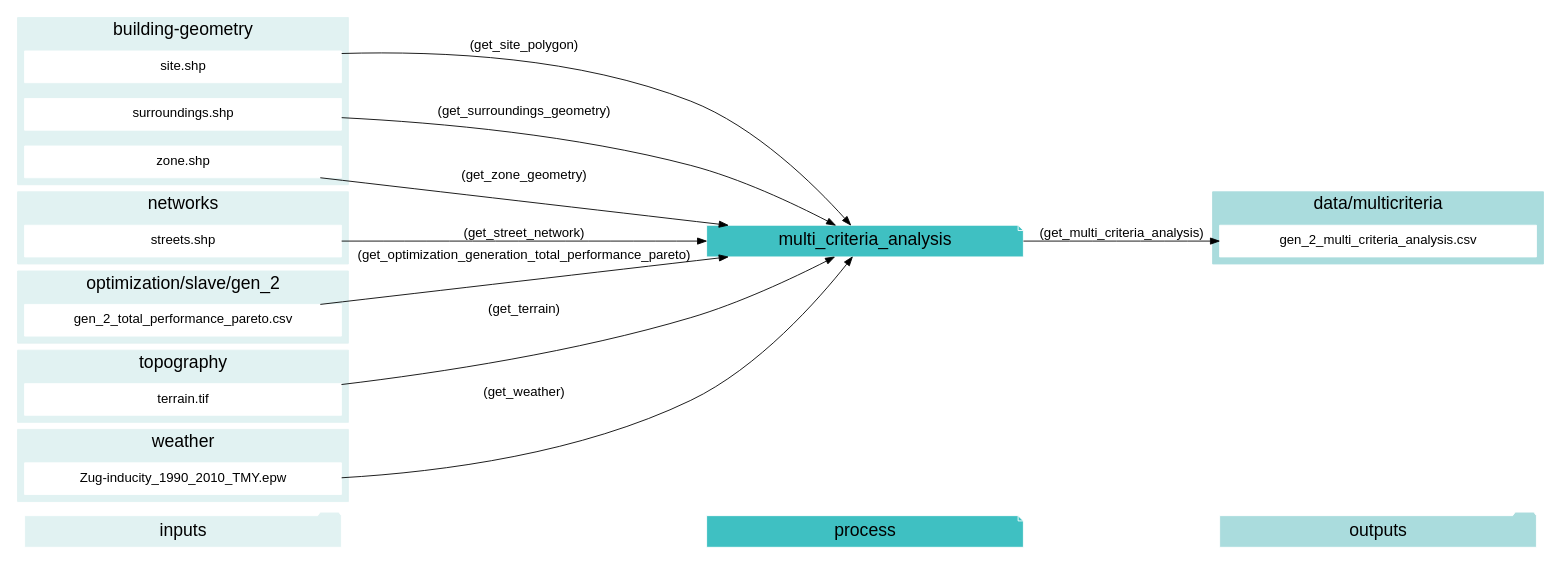
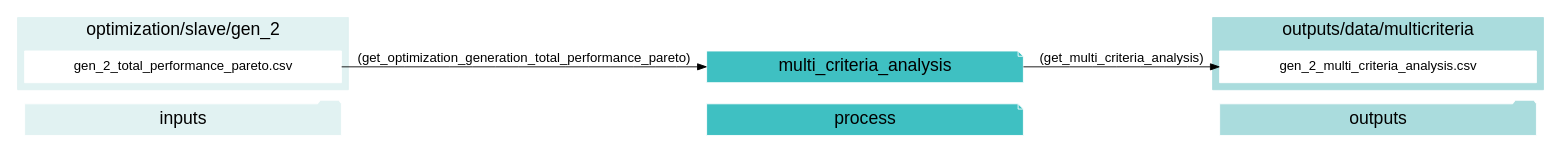
The first of 23 diagrams in docs/script-data-flow.rst (architecture-building-systems/CityEnergyAnalyst), drawn with Graphviz before and after one commit. The commit also changed other lines of this file and 25 other files, not shown here.

Commit message:
cleaning up cea-doc graphviz

```diff
--- a/docs/script-data-flow.rst
+++ b/docs/script-data-flow.rst
@@ -13,77 +13,37 @@
 .. graphviz::
 
-    digraph trace_inputlocator {
+    digraph multi_criteria_analysis {
     rankdir="LR";
     graph [overlap=false, fontname=arial];
     node [shape=box, style=filled, color=white, fontsize=15, fontname=arial, fixedsize=true, width=5];
     edge [fontname=arial, fontsize = 15]
     newrank=true
     subgraph cluster_legend {
     fontsize=25
     style=invis
     "process"[style=filled, fillcolor="#3FC0C2", shape=note, fontsize=20, fontname="arial"]
     "inputs" [style=filled, shape=folder, color=white, fillcolor="#E1F2F2", fontsize=20]
     "outputs"[style=filled, shape=folder, color=white, fillcolor="#aadcdd", fontsize=20]
     "inputs"->"process"[style=invis]
     "process"->"outputs"[style=invis]
     }
     "multi_criteria_analysis"[style=filled, color=white, fillcolor="#3FC0C2", shape=note, fontsize=20, fontname=arial];
     subgraph cluster_0_in {
         style = filled;
         color = "#E1F2F2";
         fontsize = 20;
         rank=same;
-        label="building-geometry";
-        "site.shp"
-        "surroundings.shp"
-        "zone.shp"
+        label="optimization/slave/gen_2";
+        "gen_2_total_performance_pareto.csv"
     }
     subgraph cluster_1_out {
         style = filled;
         color = "#aadcdd";
         fontsize = 20;
         rank=same;
-        label="data/multicriteria";
+        label="outputs/data/multicriteria";
         "gen_2_multi_criteria_analysis.csv"
     }
-    subgraph cluster_2_in {
-        style = filled;
-        color = "#E1F2F2";
-        fontsize = 20;
-        rank=same;
-        label="networks";
-        "streets.shp"
-    }
-    subgraph cluster_3_in {
-        style = filled;
-        color = "#E1F2F2";
-        fontsize = 20;
-        rank=same;
-        label="optimization/slave/gen_2";
-        "gen_2_total_performance_pareto.csv"
-    }
-    subgraph cluster_4_in {
-        style = filled;
-        color = "#E1F2F2";
-        fontsize = 20;
-        rank=same;
-        label="topography";
-        "terrain.tif"
-    }
-    subgraph cluster_5_in {
-        style = filled;
-        color = "#E1F2F2";
-        fontsize = 20;
-        rank=same;
-        label="weather";
-        "Zug-inducity_1990_2010_TMY.epw"
-    }
     "gen_2_total_performance_pareto.csv" -> "multi_criteria_analysis"[label="(get_optimization_generation_total_performance_pareto)"]
-    "site.shp" -> "multi_criteria_analysis"[label="(get_site_polygon)"]
-    "streets.shp" -> "multi_criteria_analysis"[label="(get_street_network)"]
-    "surroundings.shp" -> "multi_criteria_analysis"[label="(get_surroundings_geometry)"]
-    "terrain.tif" -> "multi_criteria_analysis"[label="(get_terrain)"]
-    "Zug-inducity_1990_2010_TMY.epw" -> "multi_criteria_analysis"[label="(get_weather)"]
-    "zone.shp" -> "multi_criteria_analysis"[label="(get_zone_geometry)"]
     "multi_criteria_analysis" -> "gen_2_multi_criteria_analysis.csv"[label="(get_multi_criteria_analysis)"]
     }
```
